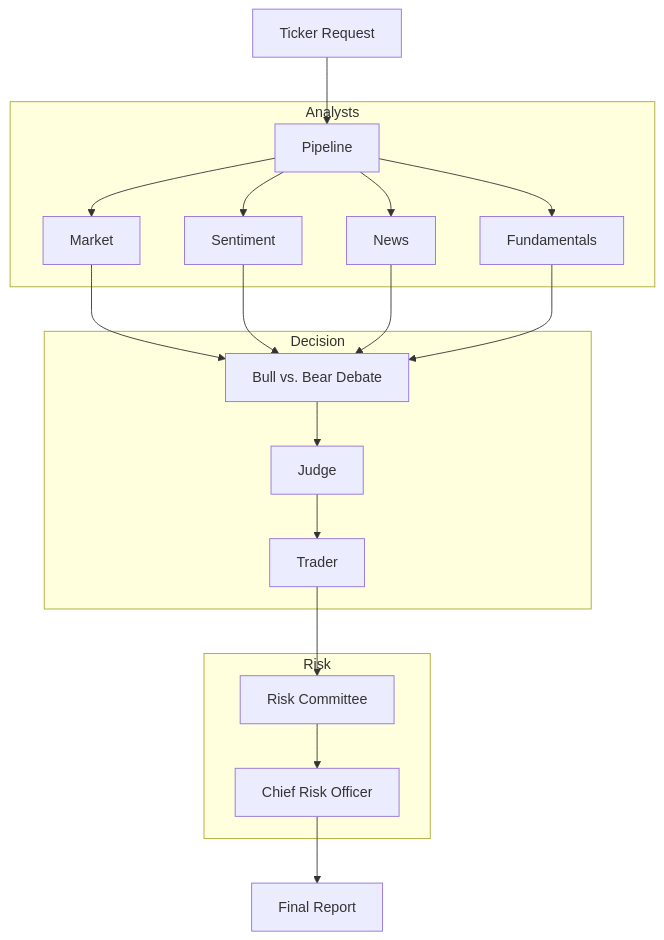
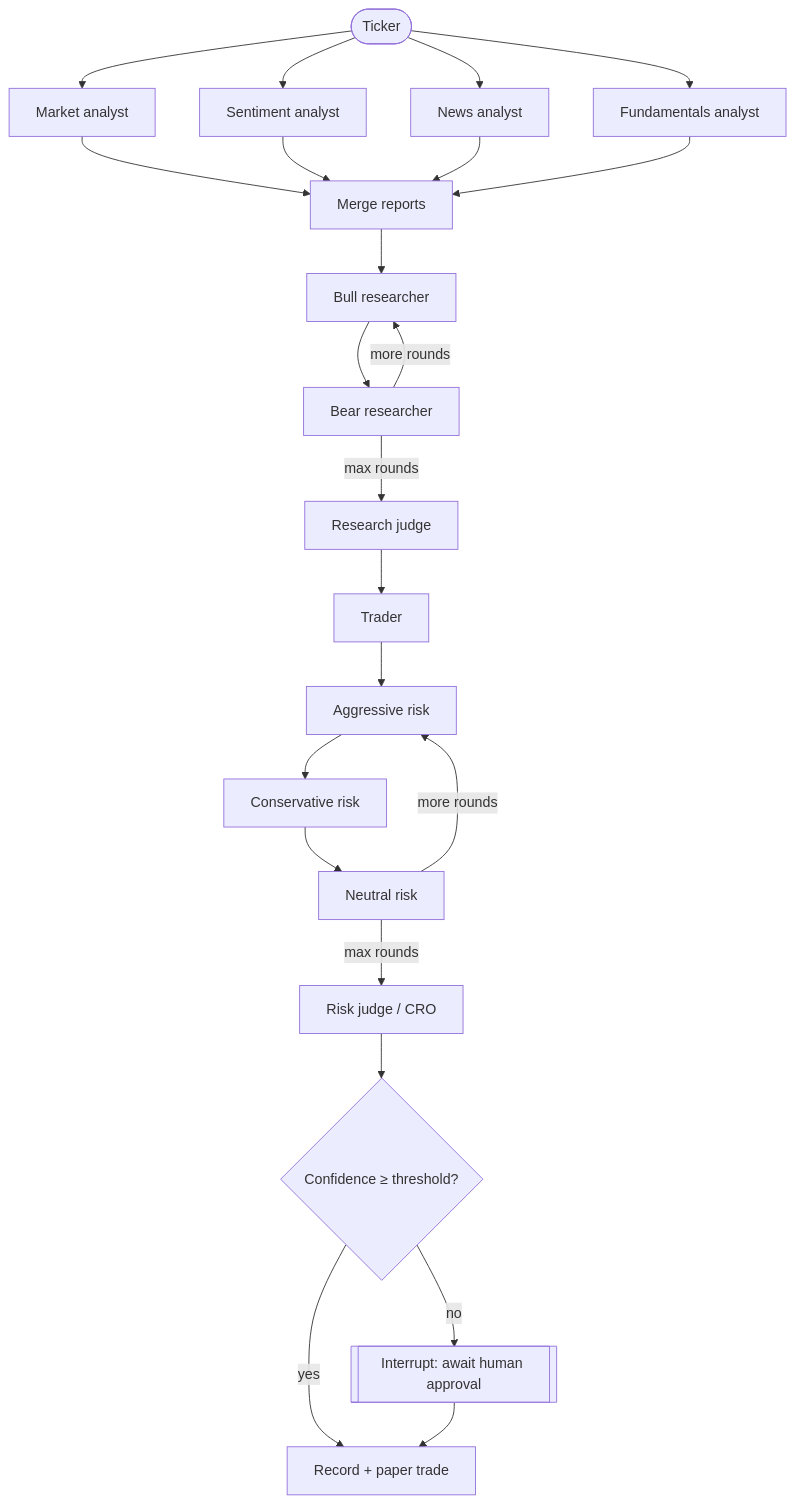
One commit to nishnarudkar/Quorum---Multi-Agent-LLM-Trading-Framework changed the second of 2 diagrams in README.md. Above: the diagram before and after it, drawn with Mermaid. The commit also changed other lines of this file and 2 other files, not shown here.

````diff
--- a/README.md
+++ b/README.md
@@ -101,25 +79,17 @@
 ```mermaid
 graph TD
-    REQ[Ticker Request] --> PIP[Pipeline]
-    
-    subgraph "Analysts"
-        PIP --> MKT[Market]
-        PIP --> SEN[Sentiment]
-        PIP --> NWS[News]
-        PIP --> FND[Fundamentals]
-    end
-
-    MKT & SEN & NWS & FND --> DEB[Bull vs. Bear Debate]
-    
-    subgraph "Decision"
-        DEB --> JDG[Judge]
-        JDG --> TRD[Trader]
-    end
-
-    subgraph "Risk"
-        TRD --> RSC[Risk Committee]
-        RSC --> CRO[Chief Risk Officer]
-    end
-
-    CRO --> FIN[Final Report]
+    START([Ticker]) --> M[Market analyst] & S[Sentiment analyst] & N[News analyst] & F[Fundamentals analyst]
+    M & S & N & F --> MERGE[Merge reports]
+    MERGE --> BULL[Bull researcher]
+    BULL --> BEAR[Bear researcher]
+    BEAR -->|more rounds| BULL
+    BEAR -->|max rounds| JUDGE[Research judge]
+    JUDGE --> TRADER[Trader]
+    TRADER --> AGG[Aggressive risk] --> CON[Conservative risk] --> NEU[Neutral risk]
+    NEU -->|more rounds| AGG
+    NEU -->|max rounds| CRO[Risk judge / CRO]
+    CRO --> HITL{Confidence ≥ threshold?}
+    HITL -->|yes| EXEC[Record + paper trade]
+    HITL -->|no| PAUSE[[Interrupt: await human approval]]
+    PAUSE --> EXEC
 ```
````
